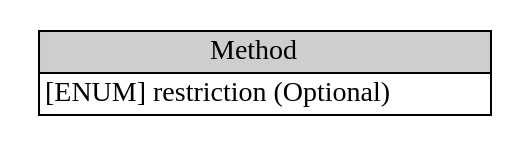
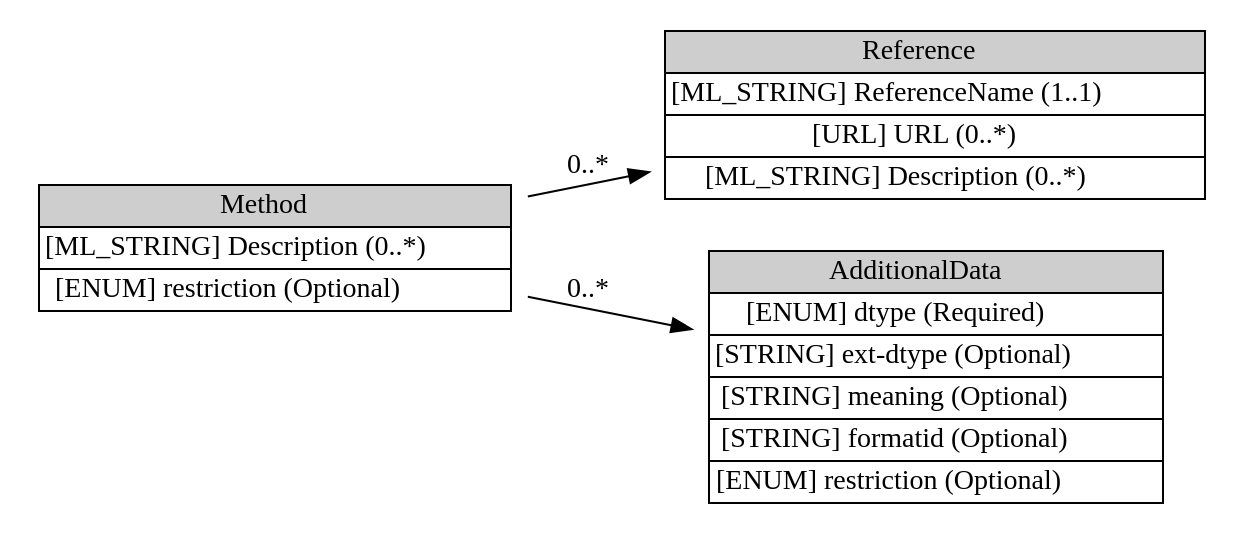
Before and after one commit to Moutix/idmef_parser: the diagram in iodef/graph/Method.dot, drawn with Graphviz. The commit also changed 103 other files, not shown here.

```diff
--- a/iodef/graph/Method.dot
+++ b/iodef/graph/Method.dot
@@ -1,6 +1,10 @@
 digraph Method {
 	graph [rankdir=LR];
 	node [label="\N"];
-	graph [bb="0,0,230,48"];
-	Method [label=<<table BORDER="0" CELLBORDER="1" CELLSPACING="0"> <tr > <td BGCOLOR="#CECECE" HREF="#" TITLE="The Method class describes the methodology used by the intruder to perpetrate the events of the incident. This class consists of a list of references describing the attack method and a free form description of the technique. ">Method</td> </tr>" %<tr><td HREF="#" TITLE="This attribute is defined in Section 3.2.">[ENUM] restriction (Optional) </td></tr>%</table>>, shape=plaintext, pos="115,24", width="3.1667", height="0.68056"];
+	graph [bb="0,0,582,234"];
+	Method [label=<<table BORDER="0" CELLBORDER="1" CELLSPACING="0"> <tr > <td BGCOLOR="#CECECE" HREF="#" TITLE="The Method class describes the methodology used by the intruder to perpetrate the events of the incident. This class consists of a list of references describing the attack method and a free form description of the technique. ">Method</td> </tr>" %<tr><td HREF="#" TITLE="A free-form text description of the methodology used by the intruder.">[ML_STRING] Description (0..*) </td></tr>%<tr><td HREF="#" TITLE="This attribute is defined in Section 3.2.">[ENUM] restriction (Optional) </td></tr>%</table>>, shape=plaintext, pos="122,127", width="3.3611", height="0.95833"];
+	Reference [label=<<table BORDER="0" CELLBORDER="1" CELLSPACING="0"> <tr > <td BGCOLOR="#CECECE" HREF="#" TITLE="The Reference class is a reference to a vulnerability, IDS alert, malware sample, advisory, or attack technique. A reference consists of a name, a URL to this reference, and an optional description. ">Reference</td> </tr>" %<tr><td HREF="#" TITLE="Name of the reference.">[ML_STRING] ReferenceName (1..1) </td></tr>%<tr><td HREF="#" TITLE="A URL associated with the reference.">[URL] URL (0..*) </td></tr>%<tr><td HREF="#" TITLE="A free-form text description of this reference.">[ML_STRING] Description (0..*) </td></tr>%</table>>, shape=plaintext, pos="444,190", width="3.8056", height="1.2361"];
+	AdditionalData [label=<<table BORDER="0" CELLBORDER="1" CELLSPACING="0"> <tr > <td BGCOLOR="#CECECE" HREF="#" TITLE="The AdditionalData class serves as an extension mechanism for information not otherwise represented in the data model. For relatively simple information, atomic data types (e.g., integers, strings) are provided with a mechanism to annotate their meaning. The class can also be used to extend the data model (and the associated Schema) to support proprietary extensions by encapsulating entire XML documents conforming to another Schema (e.g., IDMEF). A detailed discussion for extending the data model and the schema can be found in Section 5. ">AdditionalData</td> </tr>" %<tr><td HREF="#" TITLE="The data type of the element content.  The permitted values for this attribute are shown below.  The default value is &quot;string&quot;.">[ENUM] dtype (Required) </td></tr>%<tr><td HREF="#" TITLE="A means by which to extend the dtype attribute.  See Section 5.1.">[STRING] ext-dtype (Optional) </td></tr>%<tr><td HREF="#" TITLE="A free-form description of the element content.">[STRING] meaning (Optional) </td></tr>%<tr><td HREF="#" TITLE="An identifier referencing the format and semantics of the element content.">[STRING] formatid (Optional) </td></tr>%<tr><td HREF="#" TITLE="This attribute has been defined in Section 3.2.">[ENUM] restriction (Optional) </td></tr>%</table>>, shape=plaintext, pos="444,64", width="3.2778", height="1.7917"];
+	Method -> Reference [label="0..*", pos="e,306.45,163.09 243.73,150.82 260.86,154.17 278.61,157.64 296.15,161.07", lp="275,166.5"];
+	Method -> AdditionalData [label="0..*", pos="e,325.29,87.225 243.73,103.18 267.11,98.609 291.66,93.806 315.25,89.191", lp="275,107.5"];
 }
```
